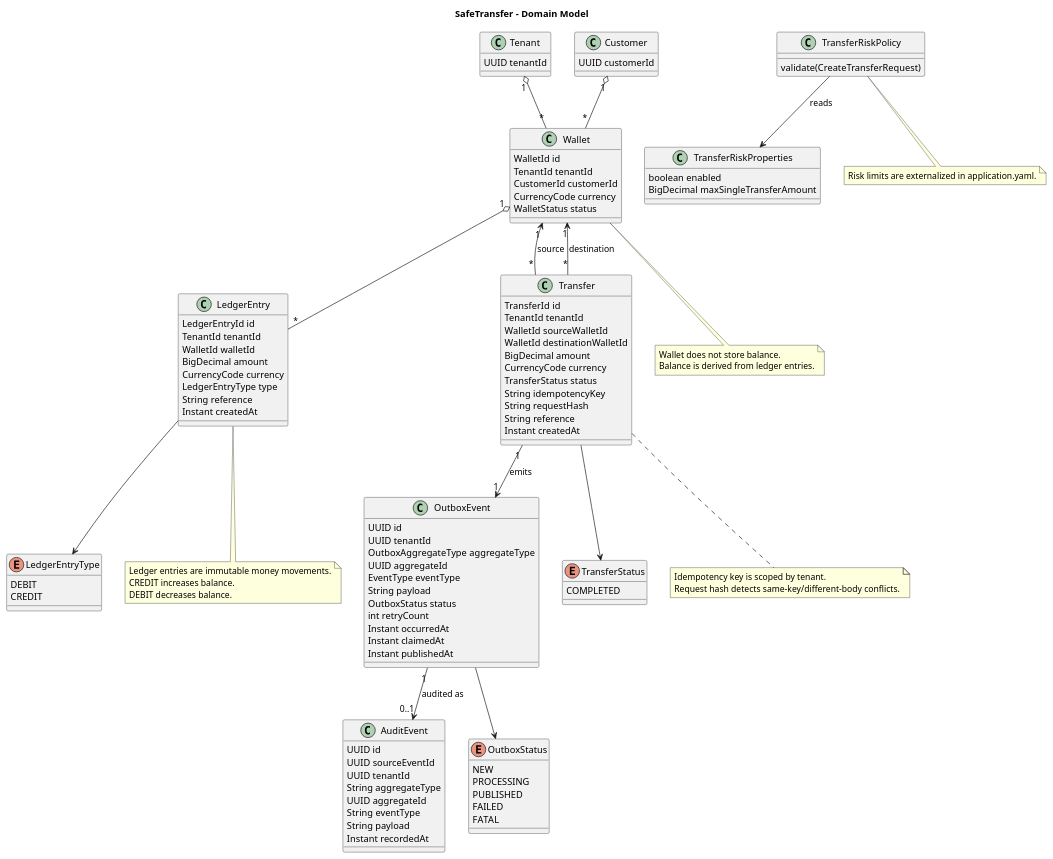
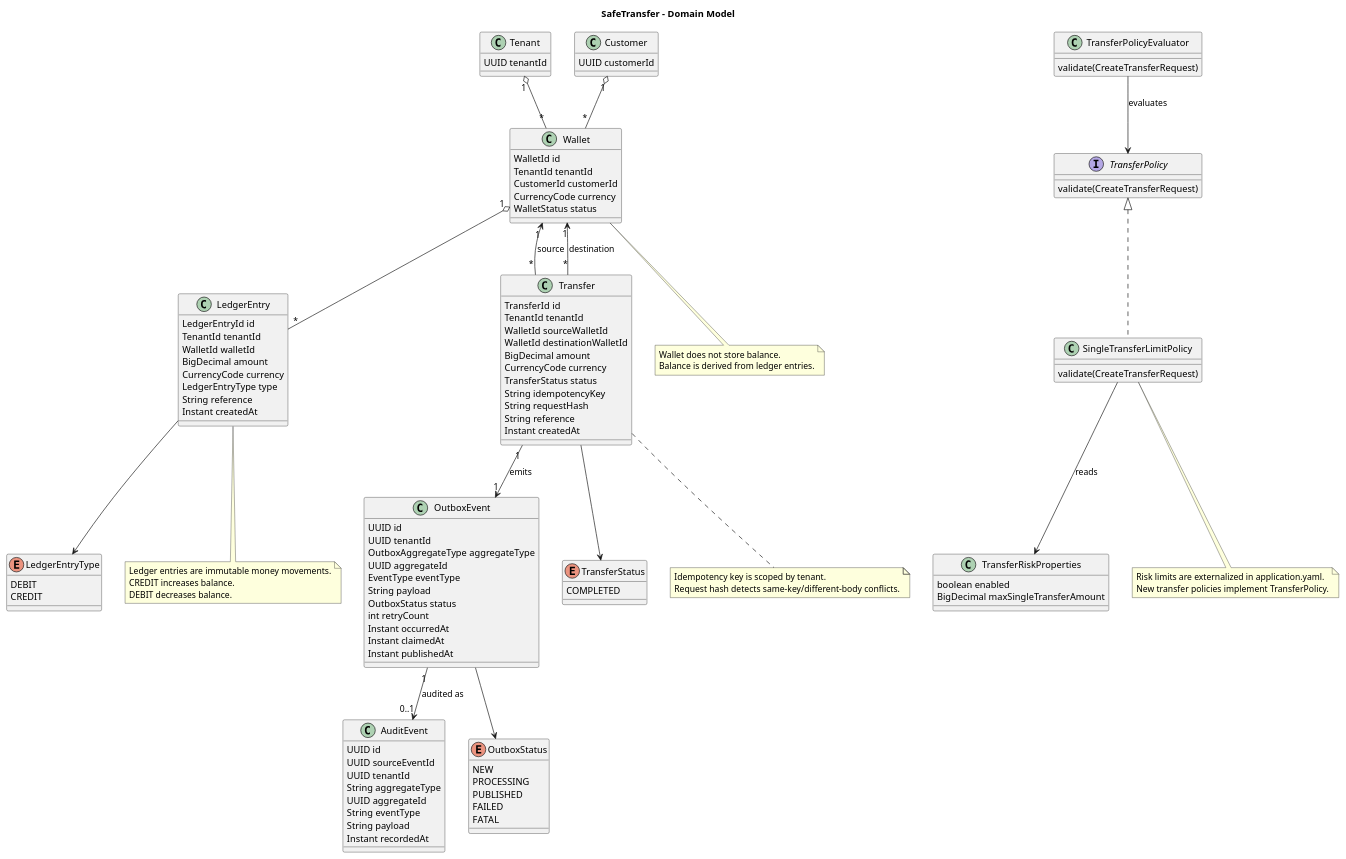
Before and after one commit to ngnowak/safe-transfer: the diagram in architecture/domain-model.puml, drawn with PlantUML. The commit also changed 11 other files, not shown here.

Commit message:
XXX(007): chain of responsibility for  TransferPolicy

```diff
--- a/architecture/domain-model.puml
+++ b/architecture/domain-model.puml
@@ -1,131 +1,142 @@
 @startuml SafeTransfer Domain Model
 title SafeTransfer - Domain Model
 
 skinparam shadowing false
 skinparam classAttributeIconSize 0
 
 class Tenant {
   UUID tenantId
 }
 
 class Customer {
   UUID customerId
 }
 
 class Wallet {
   WalletId id
   TenantId tenantId
   CustomerId customerId
   CurrencyCode currency
   WalletStatus status
 }
 
 class LedgerEntry {
   LedgerEntryId id
   TenantId tenantId
   WalletId walletId
   BigDecimal amount
   CurrencyCode currency
   LedgerEntryType type
   String reference
   Instant createdAt
 }
 
 class Transfer {
   TransferId id
   TenantId tenantId
   WalletId sourceWalletId
   WalletId destinationWalletId
   BigDecimal amount
   CurrencyCode currency
   TransferStatus status
   String idempotencyKey
   String requestHash
   String reference
   Instant createdAt
 }
 
-class TransferRiskPolicy {
+interface TransferPolicy {
+  validate(CreateTransferRequest)
+}
+
+class TransferPolicyEvaluator {
+  validate(CreateTransferRequest)
+}
+
+class SingleTransferLimitPolicy {
   validate(CreateTransferRequest)
 }
 
 class TransferRiskProperties {
   boolean enabled
   BigDecimal maxSingleTransferAmount
 }
 
 class OutboxEvent {
   UUID id
   UUID tenantId
   OutboxAggregateType aggregateType
   UUID aggregateId
   EventType eventType
   String payload
   OutboxStatus status
   int retryCount
   Instant occurredAt
   Instant claimedAt
   Instant publishedAt
 }
 
 class AuditEvent {
   UUID id
   UUID sourceEventId
   UUID tenantId
   String aggregateType
   UUID aggregateId
   String eventType
   String payload
   Instant recordedAt
 }
 
 enum LedgerEntryType {
   DEBIT
   CREDIT
 }
 
 enum TransferStatus {
   COMPLETED
 }
 
 enum OutboxStatus {
   NEW
   PROCESSING
   PUBLISHED
   FAILED
   FATAL
 }
 
 Tenant "1" o-- "*" Wallet
 Customer "1" o-- "*" Wallet
 Wallet "1" o-- "*" LedgerEntry
 Wallet "1" <-- "*" Transfer : source
 Wallet "1" <-- "*" Transfer : destination
 Transfer "1" --> "1" OutboxEvent : emits
-TransferRiskPolicy --> TransferRiskProperties : reads
+TransferPolicyEvaluator --> TransferPolicy : evaluates
+TransferPolicy <|.. SingleTransferLimitPolicy
+SingleTransferLimitPolicy --> TransferRiskProperties : reads
 OutboxEvent "1" --> "0..1" AuditEvent : audited as
 LedgerEntry --> LedgerEntryType
 Transfer --> TransferStatus
 OutboxEvent --> OutboxStatus
 
 note bottom of Wallet
   Wallet does not store balance.
   Balance is derived from ledger entries.
 end note
 
 note bottom of LedgerEntry
   Ledger entries are immutable money movements.
   CREDIT increases balance.
   DEBIT decreases balance.
 end note
 
 note bottom of Transfer
   Idempotency key is scoped by tenant.
   Request hash detects same-key/different-body conflicts.
 end note
 
-note bottom of TransferRiskPolicy
+note bottom of SingleTransferLimitPolicy
   Risk limits are externalized in application.yaml.
+  New transfer policies implement TransferPolicy.
 end note
 
 @enduml
```
